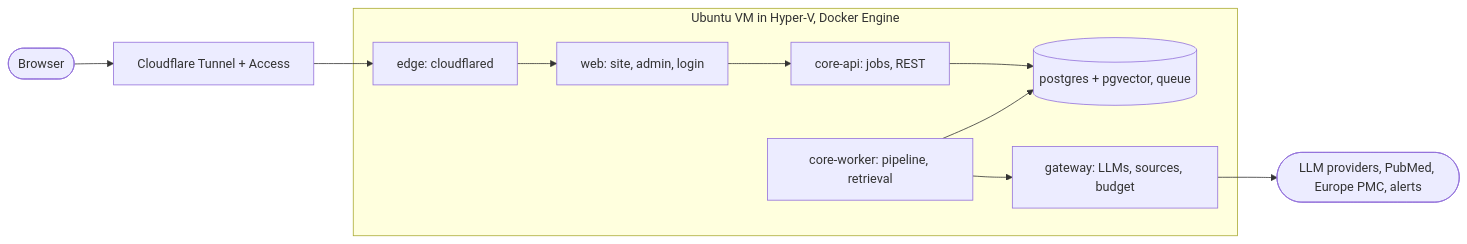
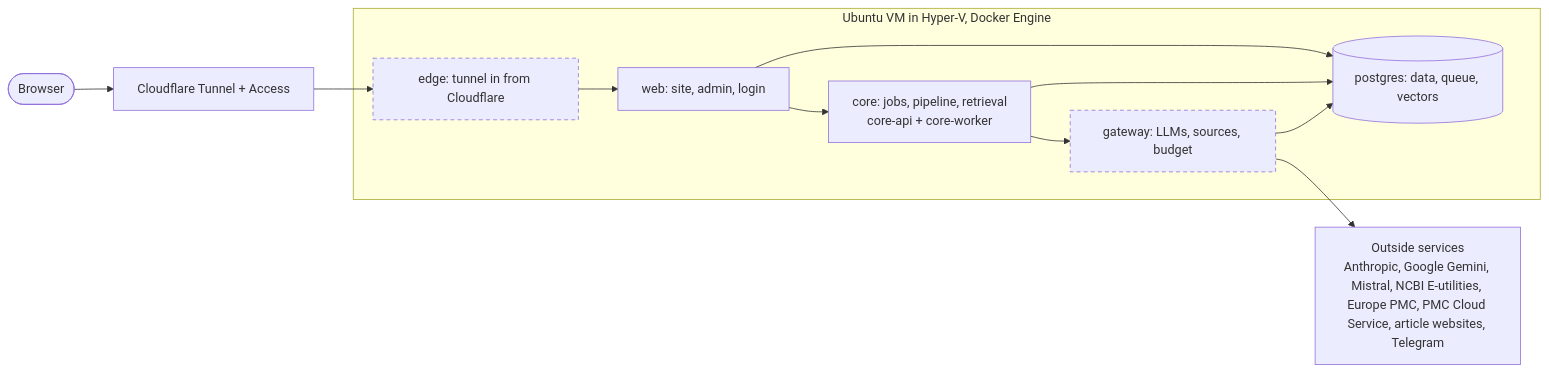
One commit to cg-rt/suppclaimcheck changed the diagram in README.md. Above: the diagram before and after it, drawn with Mermaid. The commit also changed other lines of this file and 15 other files, not shown here.

Commit message:
feat: architecture map builder and offline viewer (P0.4) (#5)

````diff
--- a/README.md
+++ b/README.md
@@ -22,13 +22,21 @@
 ```mermaid
 flowchart LR
-  user([Browser]) --> cf[Cloudflare Tunnel + Access]
-  subgraph vm [Ubuntu VM in Hyper-V, Docker Engine]
-    edge[edge: cloudflared] --> web[web: site, admin, login]
-    web --> api[core-api: jobs, REST]
-    api --> db[(postgres + pgvector, queue)]
-    worker[core-worker: pipeline, retrieval] --> db
-    worker --> gw[gateway: LLMs, sources, budget]
+  client(["Browser"]) --> entry["Cloudflare Tunnel + Access"]
+  subgraph host ["Ubuntu VM in Hyper-V, Docker Engine"]
+    m_edge["edge: tunnel in from Cloudflare"]
+    m_web["web: site, admin, login"]
+    m_core["core: jobs, pipeline, retrieval<br/>core-api + core-worker"]
+    m_gateway["gateway: LLMs, sources, budget"]
+    m_postgres[("postgres: data, queue, vectors")]
   end
-  cf --> edge
-  gw --> ext([LLM providers, PubMed, Europe PMC, alerts])
+  entry --> m_edge
+  m_edge --> m_web
+  m_web --> m_core
+  m_web --> m_postgres
+  m_core --> m_postgres
+  m_core --> m_gateway
+  m_gateway --> m_postgres
+  m_gateway --> x_gateway["Outside services<br/>Anthropic, Google Gemini, Mistral, NCBI E-utilities, Europe PMC, PMC Cloud Service, article websites, Telegram"]
+  classDef egress stroke-dasharray: 5 4
+  class m_edge,m_gateway egress
 ```
````
